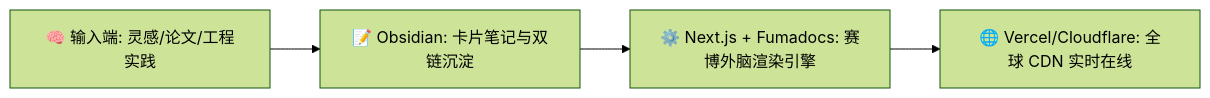
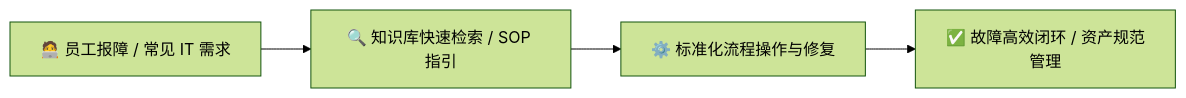
The diagram in content/docs/index.mdx (wake13780/my-brain), drawn with Mermaid (forest theme) before and after one commit. The commit also changed other lines of this file and 13 other files, not shown here.

````diff
--- a/content/docs/index.mdx
+++ b/content/docs/index.mdx
@@ -10,6 +8,6 @@
 ```mermaid
 graph LR
-    A[🧠 输入端: 灵感/论文/工程实践] --> B[📝 Obsidian: 卡片笔记与双链沉淀]
-    B --> C[⚙️ Next.js + Fumadocs: 赛博外脑渲染引擎]
-    C --> D[🌐 Vercel/Cloudflare: 全球 CDN 实时在线]
+    A[🧑‍💻 员工报障 / 常见 IT 需求] --> B[🔍 知识库快速检索 / SOP 指引]
+    B --> C[⚙️ 标准化流程操作与修复]
+    C --> D[✅ 故障高效闭环 / 资产规范管理]
 ```
````
